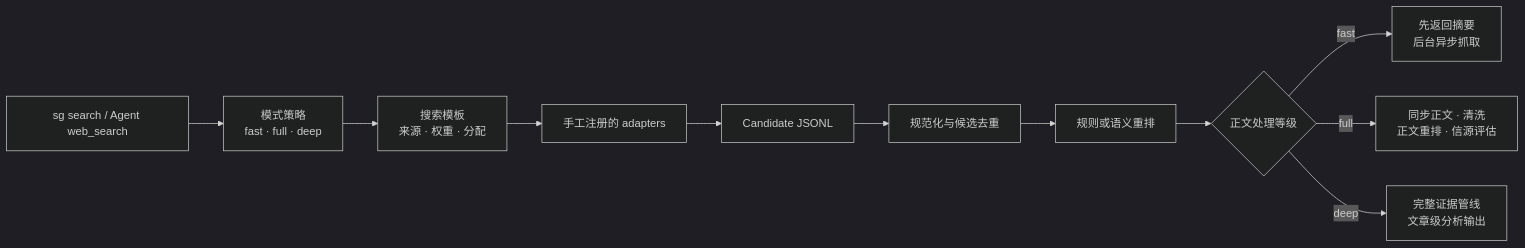
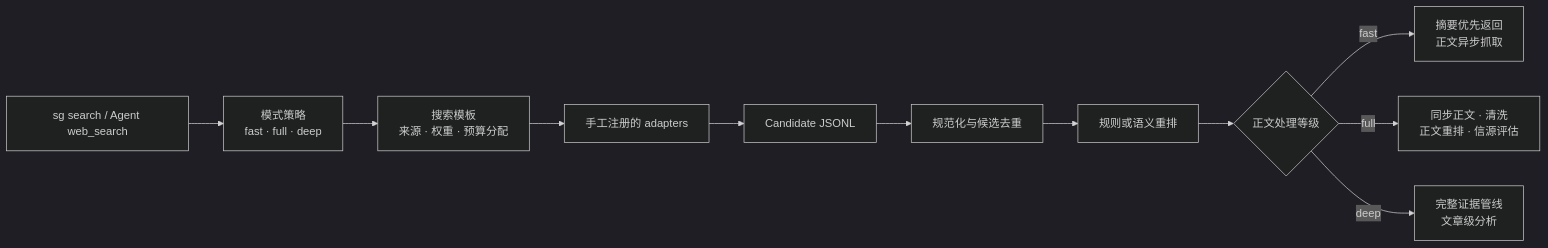
Before and after one commit to wet86y/search-governor: the diagram in README.md, drawn with Mermaid (dark theme). The commit also changed other lines of this file, not shown here.

````diff
--- a/README.md
+++ b/README.md
@@ -44,13 +38,13 @@
 ```mermaid
 flowchart LR
     A["sg search / Agent web_search"] --> B["模式策略<br/>fast · full · deep"]
-    B --> C["搜索模板<br/>来源 · 权重 · 分配"]
+    B --> C["搜索模板<br/>来源 · 权重 · 预算分配"]
     C --> D["手工注册的 adapters"]
     D --> E["Candidate JSONL"]
     E --> F["规范化与候选去重"]
     F --> G["规则或语义重排"]
     G --> H{"正文处理等级"}
-    H -->|fast| I["先返回摘要<br/>后台异步抓取"]
+    H -->|fast| I["摘要优先返回<br/>正文异步抓取"]
     H -->|full| J["同步正文 · 清洗<br/>正文重排 · 信源评估"]
-    H -->|deep| K["完整证据管线<br/>文章级分析输出"]
+    H -->|deep| K["完整证据管线<br/>文章级分析"]
 ```
````
